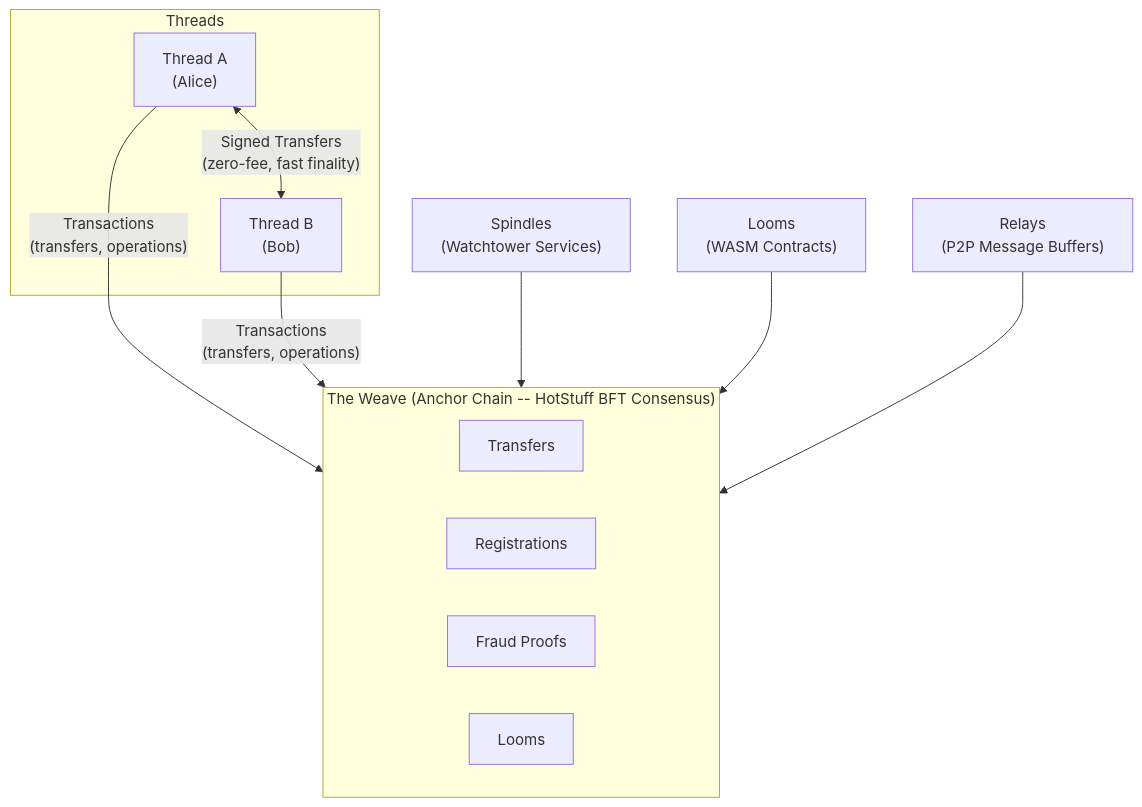
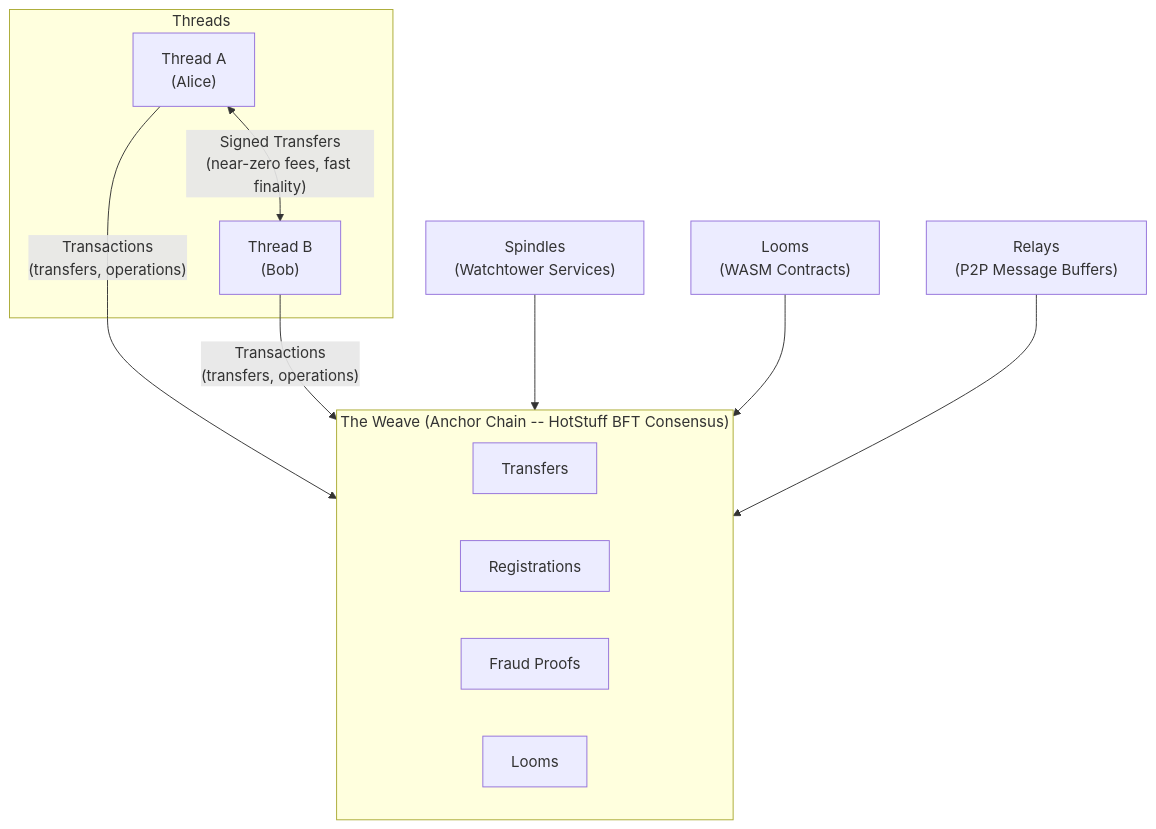
The first of 2 diagrams in README.md (augmnt/norn-protocol), drawn with Mermaid before and after one commit. The commit also changed other lines of this file and 16 other files, not shown here.

````diff
--- a/README.md
+++ b/README.md
@@ -67,23 +67,23 @@
 ```mermaid
 flowchart TB
     subgraph Threads
         A["Thread A<br/>(Alice)"]
         B["Thread B<br/>(Bob)"]
     end
 
-    A <-->|"Signed Transfers<br/>(zero-fee, fast finality)"| B
+    A <-->|"Signed Transfers<br/>(near-zero fees, fast finality)"| B
 
     A -->|"Transactions<br/>(transfers, operations)"| W
     B -->|"Transactions<br/>(transfers, operations)"| W
 
     subgraph W["The Weave (Anchor Chain -- HotStuff BFT Consensus)"]
         T[Transfers]
         R[Registrations]
         F[Fraud Proofs]
         L2[Looms]
     end
 
     SP["Spindles<br/>(Watchtower Services)"] --> W
     LM["Looms<br/>(WASM Contracts)"] --> W
     RL["Relays<br/>(P2P Message Buffers)"] --> W
 ```
````
